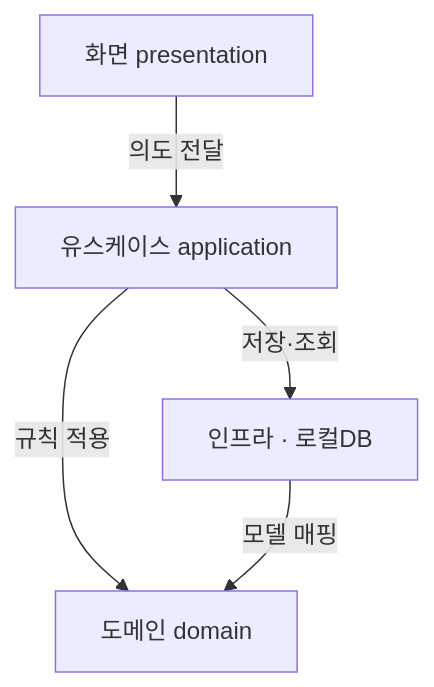
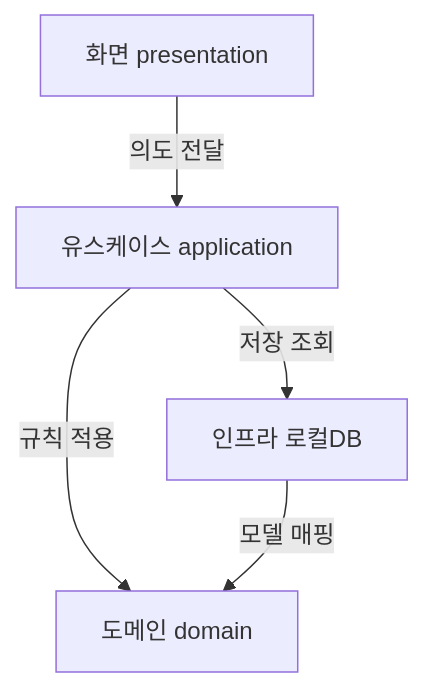
One commit to jeseokmun/dev-docs-rules changed the first of 2 diagrams in demo-docs/DEV-30-구조명세서.md. Above: the diagram before and after it, drawn with Mermaid. The commit also changed other lines of this file and 56 other files, not shown here.

````diff
--- a/demo-docs/DEV-30-구조명세서.md
+++ b/demo-docs/DEV-30-구조명세서.md
@@ -24,11 +23,11 @@
 ```mermaid
 flowchart TD
   A[화면 presentation]
   B[유스케이스 application]
   C[도메인 domain]
-  D[인프라 · 로컬DB]
+  D[인프라 로컬DB]
   A -->|의도 전달| B
   B -->|규칙 적용| C
-  B -->|저장·조회| D
+  B -->|저장 조회| D
   D -->|모델 매핑| C
 ```
````
